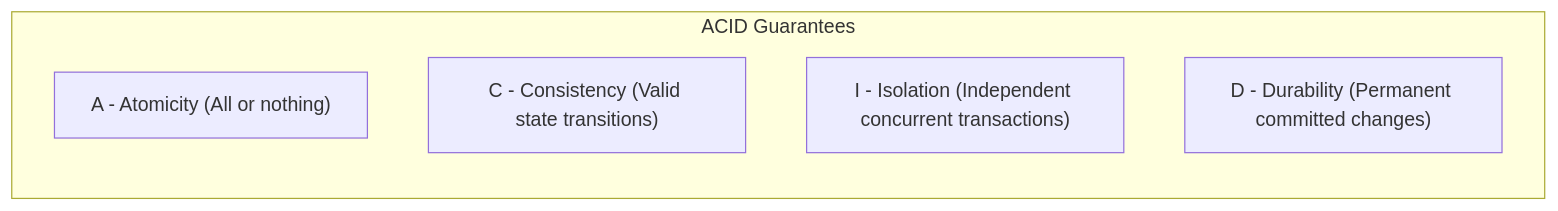
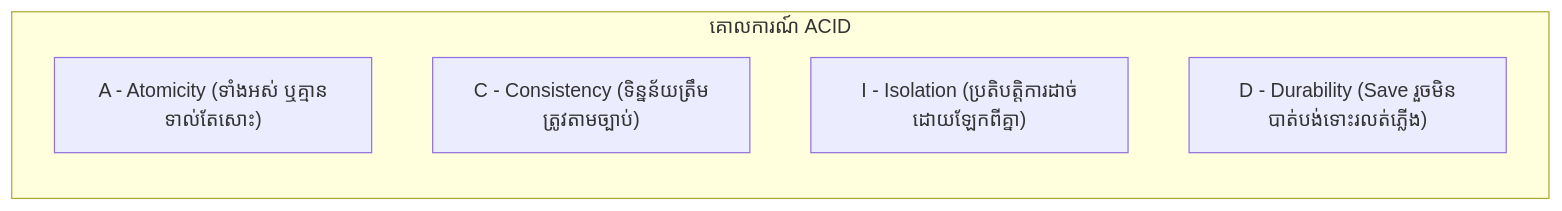
The first of 2 diagrams in 04-spring-boot/05-spring-boot-database-and-data-jpa/08-crud-operations-jpa/README.md (sakousa856-sketch/java-spring-for-developers-khmer), drawn with Mermaid before and after one commit. The commit also changed other lines of this file and 290 other files, not shown here.

````diff
--- a/04-spring-boot/05-spring-boot-database-and-data-jpa/08-crud-operations-jpa/README.md
+++ b/04-spring-boot/05-spring-boot-database-and-data-jpa/08-crud-operations-jpa/README.md
@@ -26,9 +24,9 @@
 ```mermaid
 flowchart LR
-    subgraph ACID ["ACID Guarantees"]
-        A["A - Atomicity (All or nothing)"]
-        C["C - Consistency (Valid state transitions)"]
-        I["I - Isolation (Independent concurrent transactions)"]
-        D["D - Durability (Permanent committed changes)"]
+    subgraph ACID ["គោលការណ៍ ACID"]
+        A["A - Atomicity (ទាំងអស់ ឬគ្មានទាល់តែសោះ)"]
+        C["C - Consistency (ទិន្នន័យត្រឹមត្រូវតាមច្បាប់)"]
+        I["I - Isolation (ប្រតិបត្តិការដាច់ដោយឡែកពីគ្នា)"]
+        D["D - Durability (Save រួចមិនបាត់បង់ទោះរលត់ភ្លើង)"]
     end
 ```
````
